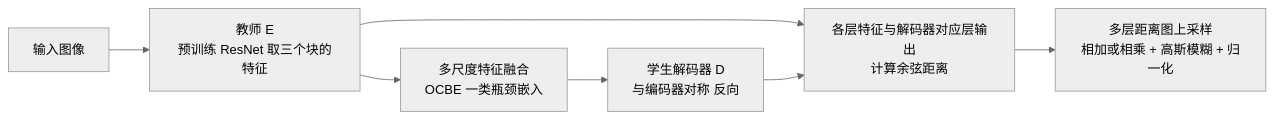
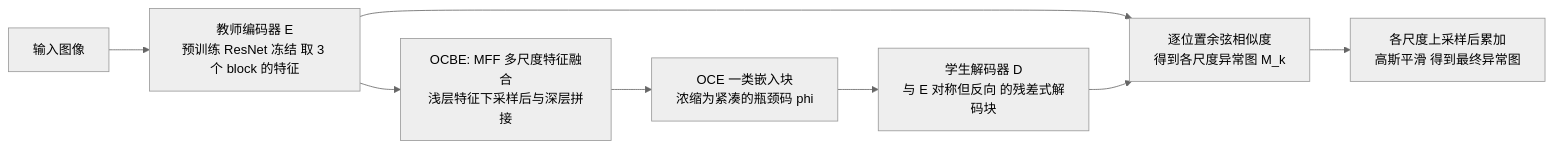
Before and after one commit to junxnone/aiwiki: the diagram in docs/0749_paper_ReverseDistillation.md, drawn with Mermaid (neutral theme). The commit also changed other lines of this file and 1 other file, not shown here.

````diff
--- a/docs/0749_paper_ReverseDistillation.md
+++ b/docs/0749_paper_ReverseDistillation.md
@@ -21,9 +27,10 @@
 ```mermaid
 graph LR
-    X["输入图像"] --> E["教师 E<br/>预训练 ResNet 取三个块的特征"]
-    E --> F["多尺度特征融合<br/>OCBE 一类瓶颈嵌入"]
-    F --> D["学生解码器 D<br/>与编码器对称 反向"]
-    E --> C["各层特征与解码器对应层输出<br/>计算余弦距离"]
+    X["输入图像"] --> E["教师编码器 E<br/>预训练 ResNet 冻结 取 3 个 block 的特征"]
+    E --> M["OCBE: MFF 多尺度特征融合<br/>浅层特征下采样后与深层拼接"]
+    M --> O["OCE 一类嵌入块<br/>浓缩为紧凑的瓶颈码 phi"]
+    O --> D["学生解码器 D<br/>与 E 对称但反向 的残差式解码块"]
+    E --> C["逐位置余弦相似度<br/>得到各尺度异常图 M_k"]
     D --> C
-    C --> A["多层距离图上采样<br/>相加或相乘 + 高斯模糊 + 归一化"]
+    C --> A["各尺度上采样后累加<br/>高斯平滑 得到最终异常图"]
 ```
````
